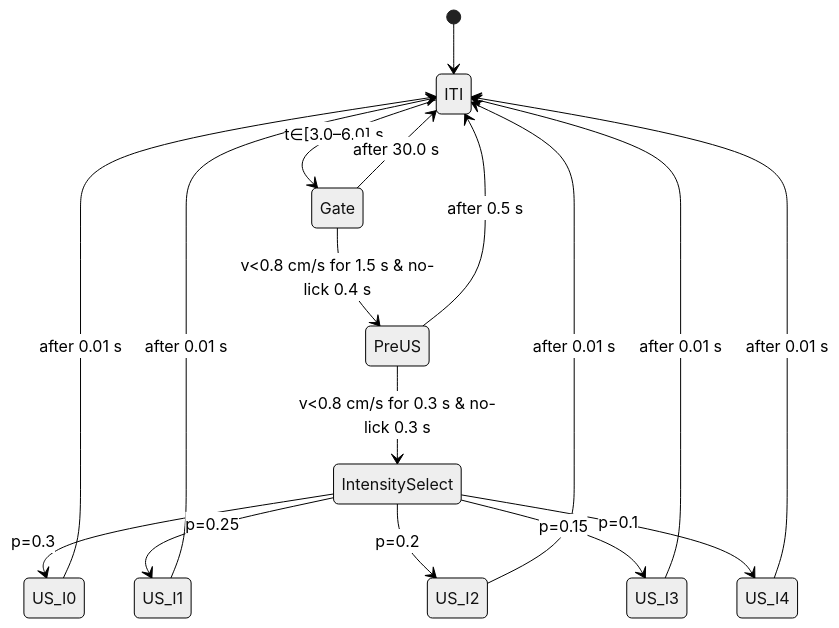
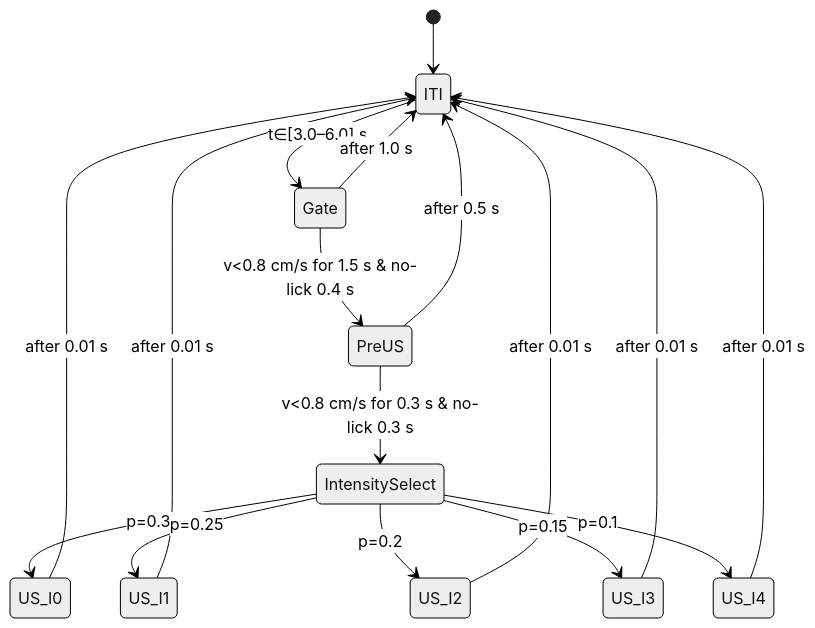
One commit to tkskdm2/pyControl changed the diagram in project_pain/headfixed_treadmill_fear_reward_P3_noci_map.mmd. Above: the diagram before and after it, drawn with Mermaid (neutral theme). The commit also changed 4 other files, not shown here.

First line of the commit message:
Update gate timeout duration across multiple state diagrams and YAML configuration

```diff
--- a/project_pain/headfixed_treadmill_fear_reward_P3_noci_map.mmd
+++ b/project_pain/headfixed_treadmill_fear_reward_P3_noci_map.mmd
@@ -1,17 +1,17 @@
 stateDiagram-v2
   [*] --> ITI
   ITI --> Gate: t∈[3.0–6.0] s
   Gate --> PreUS: v<0.8 cm/s for 1.5 s & no-lick 0.4 s
-  Gate --> ITI: after 30.0 s
+  Gate --> ITI: after 1.0 s
   PreUS --> IntensitySelect: v<0.8 cm/s for 0.3 s & no-lick 0.3 s
   PreUS --> ITI: after 0.5 s
   IntensitySelect --> US_I0: p=0.3
   IntensitySelect --> US_I1: p=0.25
   IntensitySelect --> US_I2: p=0.2
   IntensitySelect --> US_I3: p=0.15
   IntensitySelect --> US_I4: p=0.1
   US_I0 --> ITI: after 0.01 s
   US_I1 --> ITI: after 0.01 s
   US_I2 --> ITI: after 0.01 s
   US_I3 --> ITI: after 0.01 s
   US_I4 --> ITI: after 0.01 s
```
